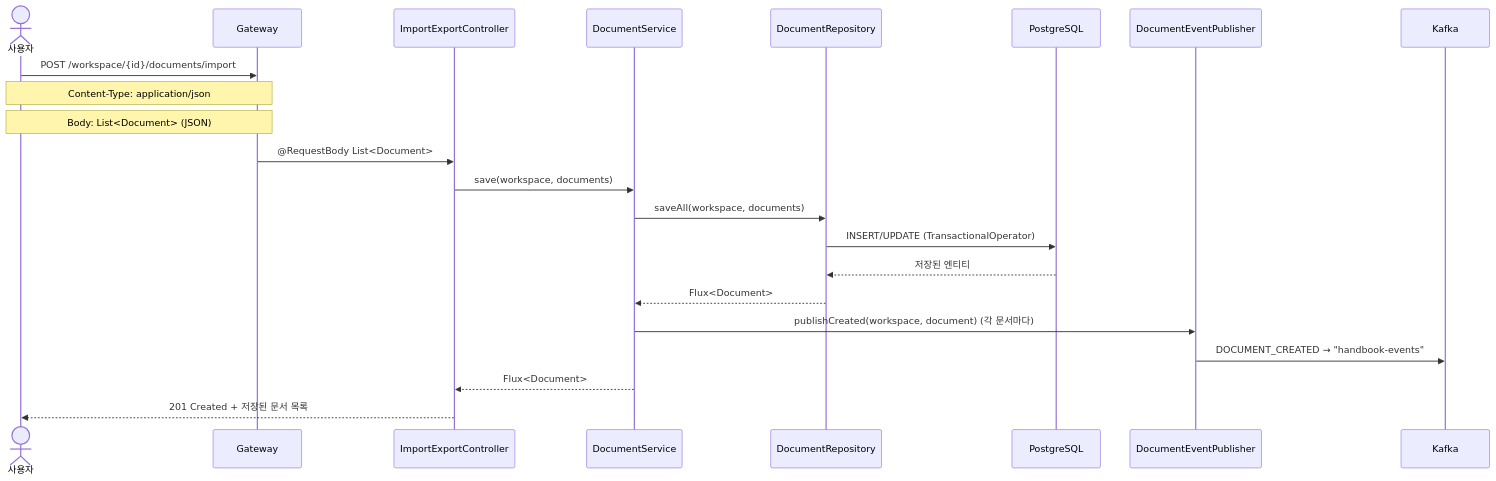
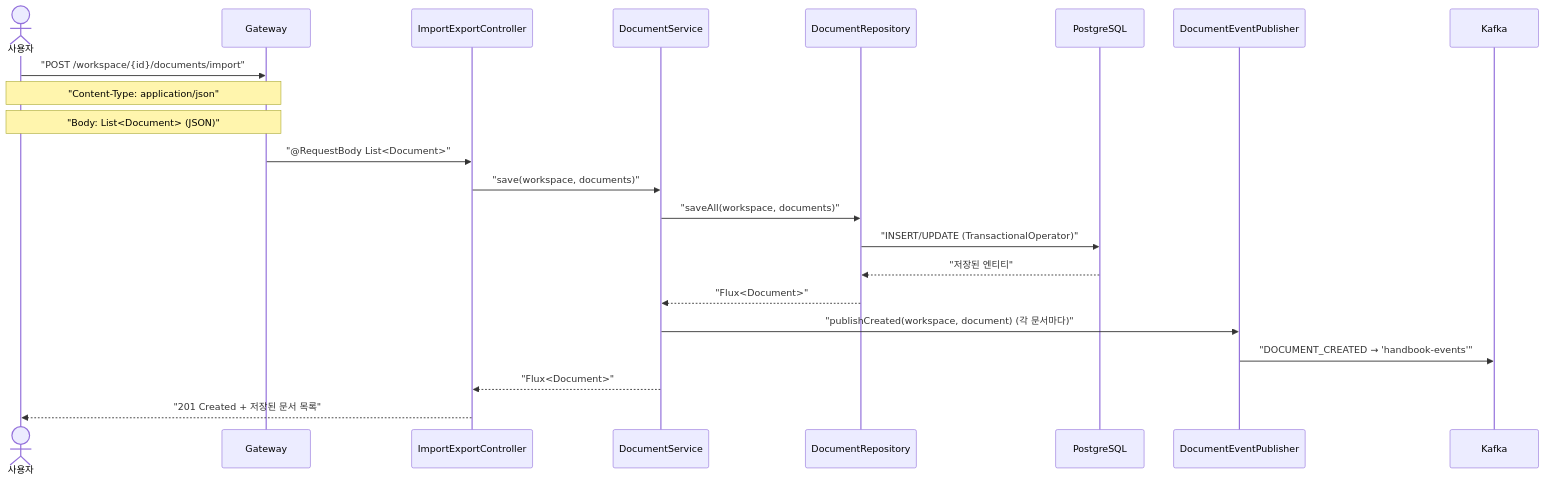
The tenth of 25 diagrams in docs/usecases.md (sayaya1090/handbook), drawn with Mermaid before and after one commit. The commit also changed other lines of this file and 22 other files, not shown here.

First line of the commit message:
docs: Mermaid 다이어그램 렌더링 오류 수정을 위한 구문 전수 교정

````diff
--- a/docs/usecases.md
+++ b/docs/usecases.md
@@ -940,25 +940,25 @@
 ```mermaid
 sequenceDiagram
     actor U as 사용자
     participant GW as Gateway
     participant Ctrl as ImportExportController
     participant Svc as DocumentService
     participant Repo as DocumentRepository
     participant DB as PostgreSQL
     participant Pub as DocumentEventPublisher
     participant K as Kafka
 
-    U->>GW: POST /workspace/{id}/documents/import
-    Note over U,GW: Content-Type: application/json
-    Note over U,GW: Body: List<Document> (JSON)
-    GW->>Ctrl: @RequestBody List<Document>
-    Ctrl->>Svc: save(workspace, documents)
-    Svc->>Repo: saveAll(workspace, documents)
-    Repo->>DB: INSERT/UPDATE (TransactionalOperator)
-    DB-->>Repo: 저장된 엔티티
-    Repo-->>Svc: Flux<Document>
-    Svc->>Pub: publishCreated(workspace, document) (각 문서마다)
-    Pub->>K: DOCUMENT_CREATED → "handbook-events"
-    Svc-->>Ctrl: Flux<Document>
-    Ctrl-->>U: 201 Created + 저장된 문서 목록
+    U->>GW: "POST /workspace/{id}/documents/import"
+    Note over U,GW: "Content-Type: application/json"
+    Note over U,GW: "Body: List<Document> (JSON)"
+    GW->>Ctrl: "@RequestBody List<Document>"
+    Ctrl->>Svc: "save(workspace, documents)"
+    Svc->>Repo: "saveAll(workspace, documents)"
+    Repo->>DB: "INSERT/UPDATE (TransactionalOperator)"
+    DB-->>Repo: "저장된 엔티티"
+    Repo-->>Svc: "Flux<Document>"
+    Svc->>Pub: "publishCreated(workspace, document) (각 문서마다)"
+    Pub->>K: "DOCUMENT_CREATED → 'handbook-events'"
+    Svc-->>Ctrl: "Flux<Document>"
+    Ctrl-->>U: "201 Created + 저장된 문서 목록"
 ```
````
